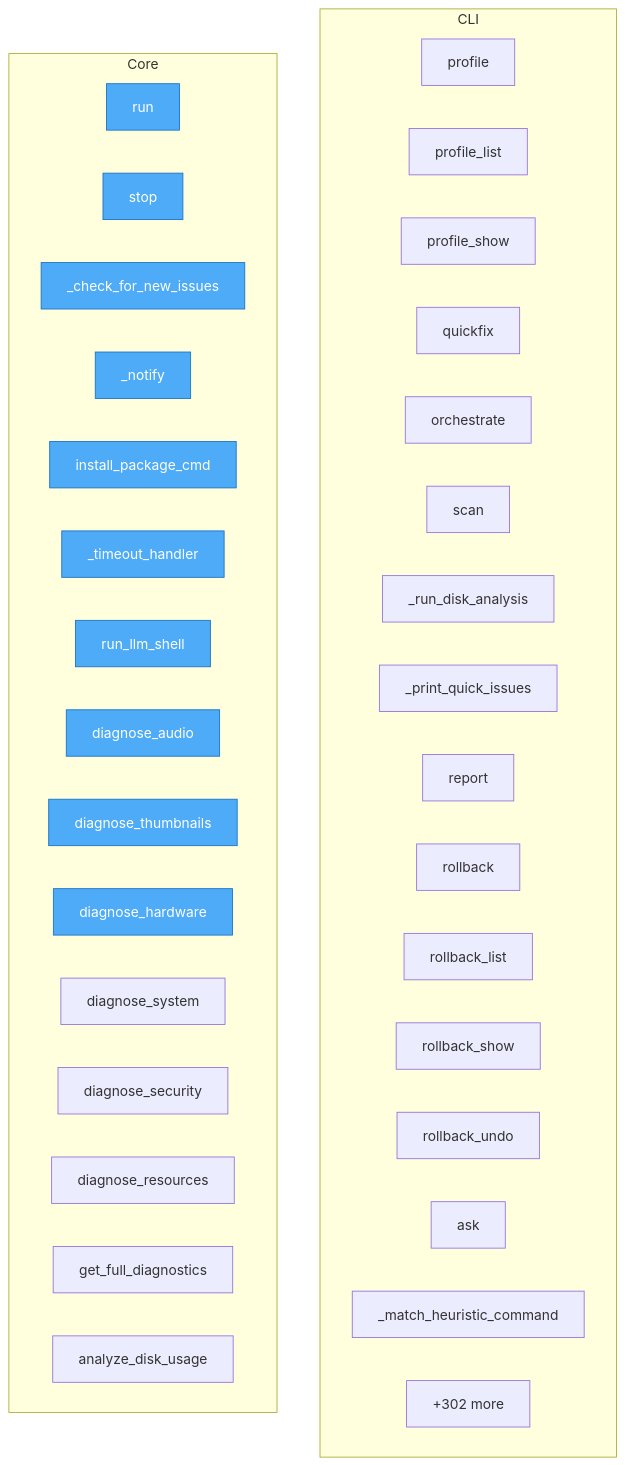
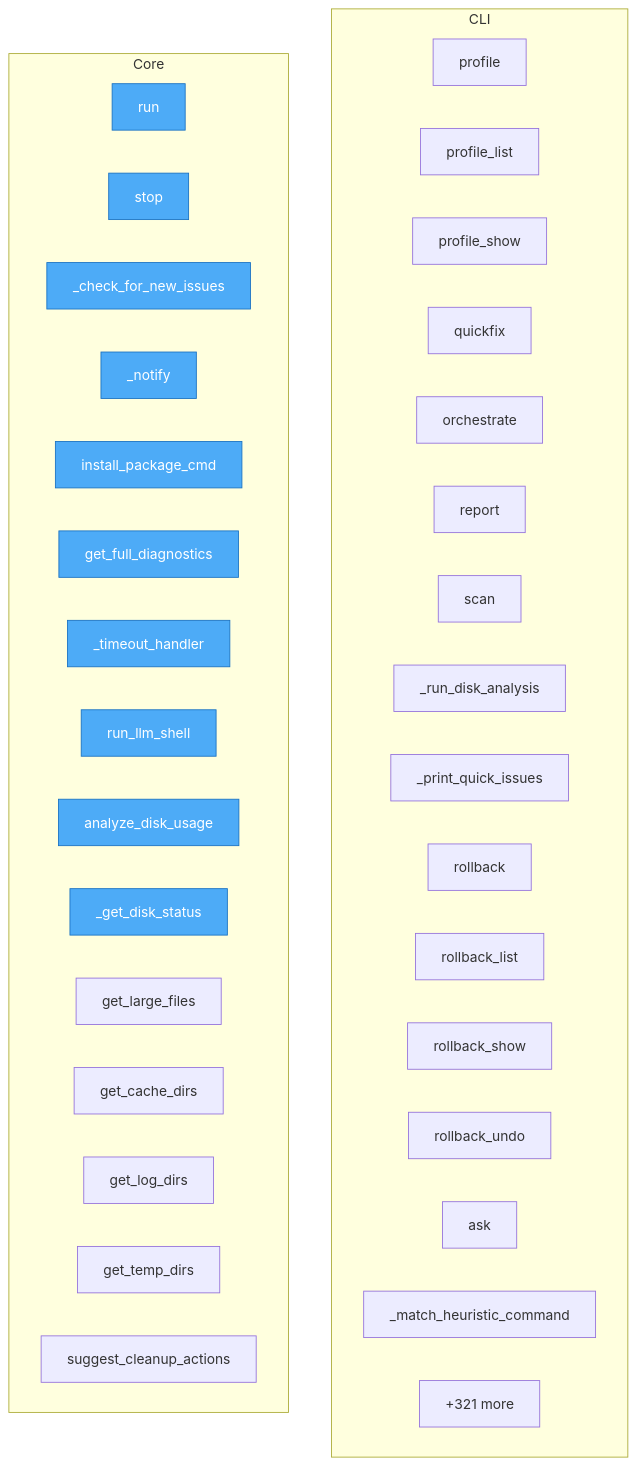
The diagram in project/flow.mmd (wronai/fixos), drawn with Mermaid before and after one commit. The commit also changed 18 other files, not shown here.

```diff
--- a/project/flow.mmd
+++ b/project/flow.mmd
@@ -1,44 +1,44 @@
 flowchart TD
 
     %% Entry points (blue)
     classDef entry fill:#4dabf7,stroke:#1971c2,color:#fff
 
     subgraph CLI
         fixos__cli__profile_cmd__profile["profile"]
         fixos__cli__profile_cmd__profile_list["profile_list"]
         fixos__cli__profile_cmd__profile_show["profile_show"]
         fixos__cli__quickfix_cmd__quickfix["quickfix"]
         fixos__cli__orchestrate_cmd__orchestrate["orchestrate"]
+        fixos__cli__report_cmd__report["report"]
         fixos__cli__scan_cmd__scan["scan"]
         fixos__cli__scan_cmd___run_disk_analysis["_run_disk_analysis"]
         fixos__cli__scan_cmd___print_quick_issues["_print_quick_issues"]
-        fixos__cli__report_cmd__report["report"]
         fixos__cli__rollback_cmd__rollback["rollback"]
         fixos__cli__rollback_cmd__rollback_list["rollback_list"]
         fixos__cli__rollback_cmd__rollback_show["rollback_show"]
         fixos__cli__rollback_cmd__rollback_undo["rollback_undo"]
         fixos__cli__ask_cmd__ask["ask"]
         fixos__cli__ask_cmd___match_heuristic_command["_match_heuristic_command"]
         ...["+49 more"]
     end
 
     subgraph Core
         fixos__watch__WatchDaemon__run["run"]
         fixos__watch__WatchDaemon__stop["stop"]
         fixos__watch__WatchDaemon___check_for_new_issues["_check_for_new_issues"]
         fixos__watch__WatchDaemon___notify["_notify"]
         fixos__platform_utils__install_package_cmd["install_package_cmd"]
+        fixos__diagnostics__system_checks__get_full_diagnostics["get_full_diagnostics"]
         fixos__llm_shell___timeout_handler["_timeout_handler"]
         fixos__llm_shell__run_llm_shell["run_llm_shell"]
-        fixos__diagnostics__system_checks__diagnose_audio["diagnose_audio"]
-        fixos__diagnostics__system_checks__diagnose_thumbnails["diagnose_thumbnails"]
-        fixos__diagnostics__system_checks__diagnose_hardware["diagnose_hardware"]
-        fixos__diagnostics__system_checks__diagnose_system["diagnose_system"]
-        fixos__diagnostics__system_checks__diagnose_security["diagnose_security"]
-        fixos__diagnostics__system_checks__diagnose_resources["diagnose_resources"]
-        fixos__diagnostics__system_checks__get_full_diagnostics["get_full_diagnostics"]
         fixos__diagnostics__disk_analyzer__DiskAnalyzer__analyze_disk_usage["analyze_disk_usage"]
-        ...["+302 more"]
+        fixos__diagnostics__disk_analyzer__DiskAnalyzer___get_disk_status["_get_disk_status"]
+        fixos__diagnostics__disk_analyzer__DiskAnalyzer__get_large_files["get_large_files"]
+        fixos__diagnostics__disk_analyzer__DiskAnalyzer__get_cache_dirs["get_cache_dirs"]
+        fixos__diagnostics__disk_analyzer__DiskAnalyzer__get_log_dirs["get_log_dirs"]
+        fixos__diagnostics__disk_analyzer__DiskAnalyzer__get_temp_dirs["get_temp_dirs"]
+        fixos__diagnostics__disk_analyzer__DiskAnalyzer__suggest_cleanup_actions["suggest_cleanup_actions"]
+        ...["+321 more"]
     end
 
-    class fixos__watch__WatchDaemon__run,fixos__watch__WatchDaemon__stop,fixos__watch__WatchDaemon___check_for_new_issues,fixos__watch__WatchDaemon___notify,fixos__platform_utils__install_package_cmd,fixos__llm_shell___timeout_handler,fixos__llm_shell__run_llm_shell,fixos__diagnostics__system_checks__diagnose_audio,fixos__diagnostics__system_checks__diagnose_thumbnails,fixos__diagnostics__system_checks__diagnose_hardware entry
+    class fixos__watch__WatchDaemon__run,fixos__watch__WatchDaemon__stop,fixos__watch__WatchDaemon___check_for_new_issues,fixos__watch__WatchDaemon___notify,fixos__platform_utils__install_package_cmd,fixos__diagnostics__system_checks__get_full_diagnostics,fixos__llm_shell___timeout_handler,fixos__llm_shell__run_llm_shell,fixos__diagnostics__disk_analyzer__DiskAnalyzer__analyze_disk_usage,fixos__diagnostics__disk_analyzer__DiskAnalyzer___get_disk_status entry
```
